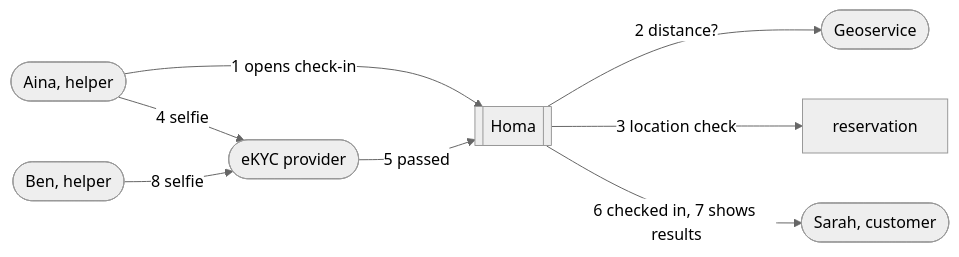
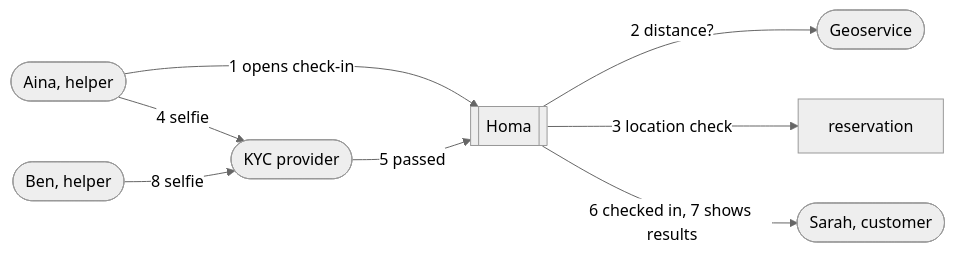
Before and after one commit to luqq2500/homa: the third of 3 diagrams in docs/homa-domain-stories.md, drawn with Mermaid (neutral theme). The commit also changed other lines of this file and 100 other files, not shown here.

````diff
--- a/docs/homa-domain-stories.md
+++ b/docs/homa-domain-stories.md
@@ -592,10 +567,10 @@
 ```mermaid
 flowchart LR
     A([Aina, helper]) -- "1 opens check-in" --> H[[Homa]]
     H -- "2 distance?" --> G([Geoservice])
     H -- "3 location check" --> R[reservation]
-    A -- "4 selfie" --> K([eKYC provider])
+    A -- "4 selfie" --> K([KYC provider])
     K -- "5 passed" --> H
     H -- "6 checked in, 7 shows results" --> S([Sarah, customer])
     B([Ben, helper]) -- "8 selfie" --> K
 ```
````
